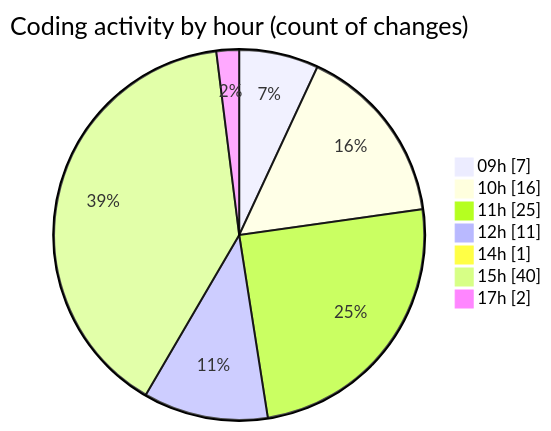
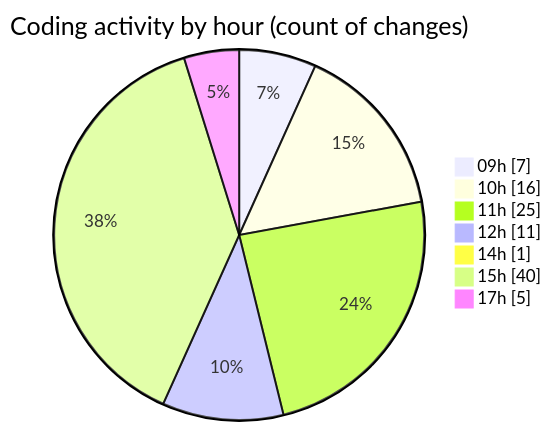
The second of 2 diagrams in 2025-02-13/cda/README.md (momahboobian/code-tracking), drawn with Mermaid before and after one commit. The commit also changed other lines of this file and 1 other file, not shown here.

````diff
--- a/2025-02-13/cda/README.md
+++ b/2025-02-13/cda/README.md
@@ -42,11 +42,11 @@
 ```mermaid
 pie showData
 title Coding activity by hour (count of changes)
 "09h" : 7
 "10h" : 16
 "11h" : 25
 "12h" : 11
 "14h" : 1
 "15h" : 40
-"17h" : 2
+"17h" : 5
 ```
````
